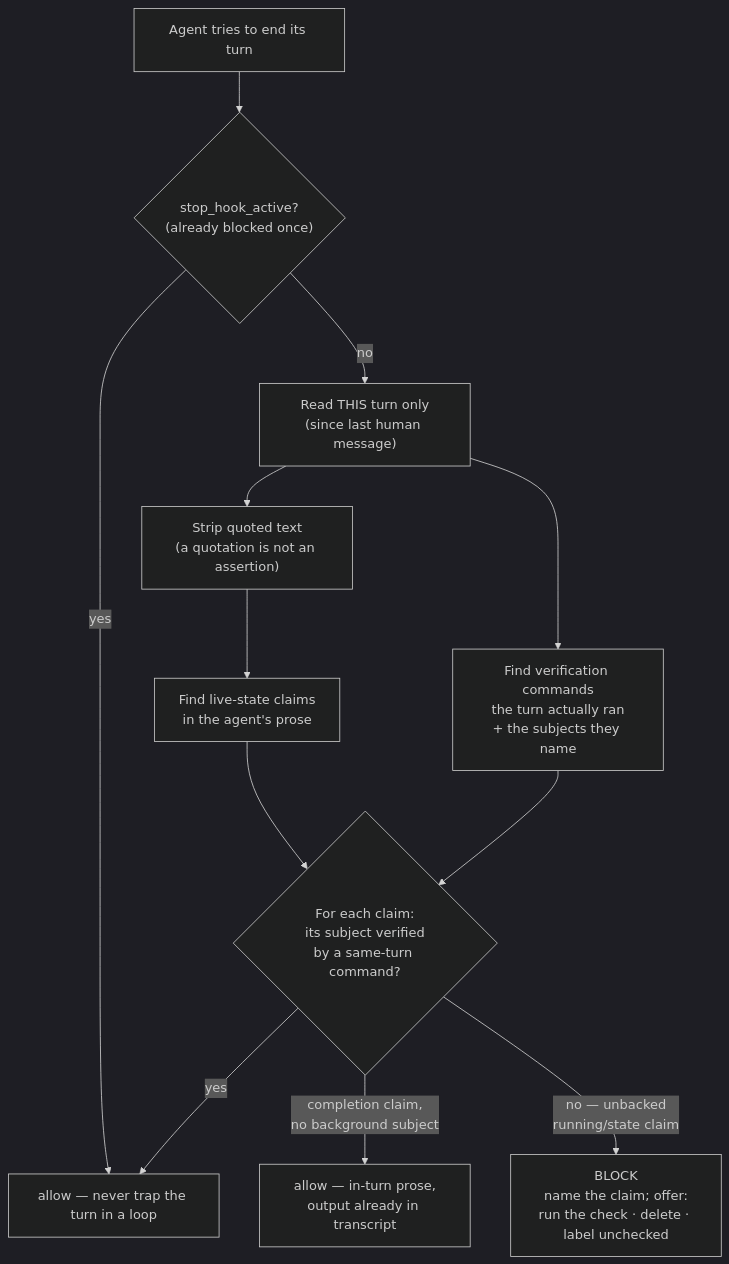
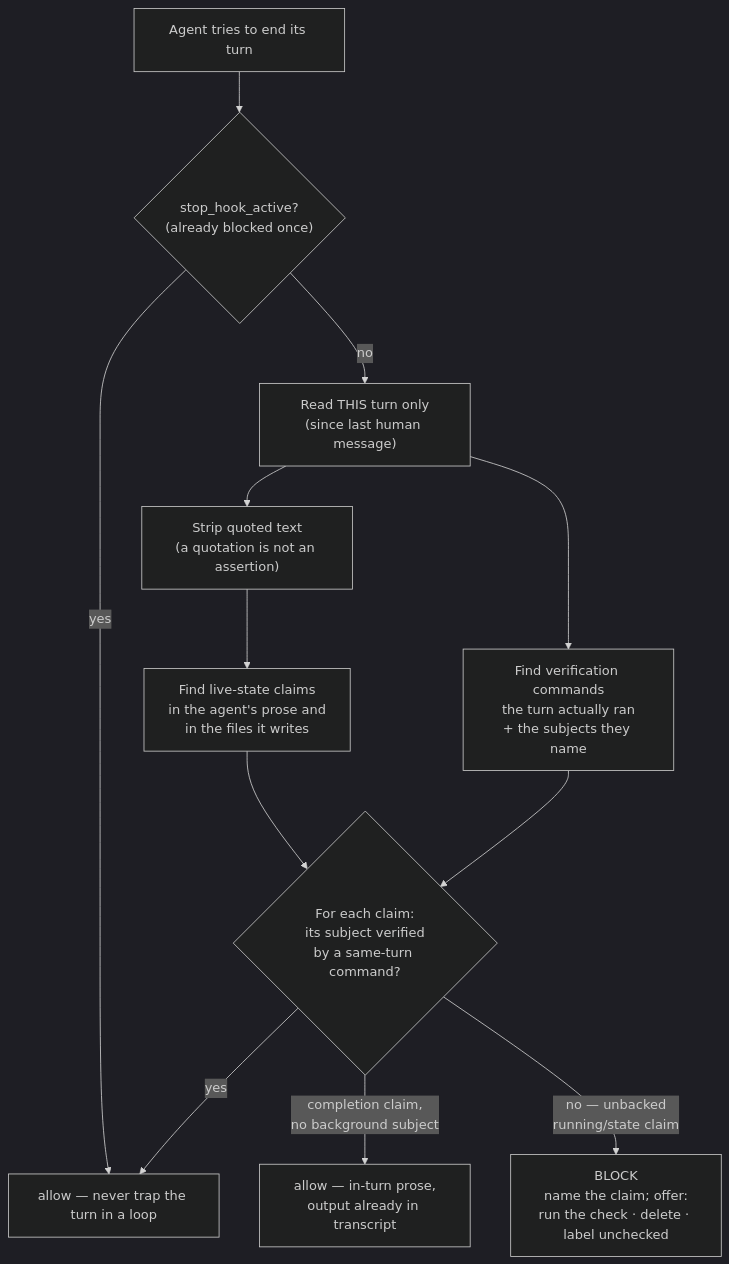
The diagram in specs/honesty-stop-gate.md (sherifican/Agent-FleetOps), drawn with Mermaid (dark theme) before and after one commit. The commit also changed other lines of this file and 3 other files, not shown here.

````diff
--- a/specs/honesty-stop-gate.md
+++ b/specs/honesty-stop-gate.md
@@ -33,14 +33,14 @@
 ```mermaid
 flowchart TD
     A["Agent tries to end its turn"] --> B{"stop_hook_active?<br/>(already blocked once)"}
     B -->|yes| P["allow — never trap the turn in a loop"]
     B -->|no| C["Read THIS turn only<br/>(since last human message)"]
     C --> D["Strip quoted text<br/>(a quotation is not an assertion)"]
-    D --> E["Find live-state claims<br/>in the agent's prose"]
+    D --> E["Find live-state claims<br/>in the agent's prose and<br/>in the files it writes"]
     C --> F["Find verification commands<br/>the turn actually ran<br/>+ the subjects they name"]
     E --> G{"For each claim:<br/>its subject verified<br/>by a same-turn command?"}
     F --> G
     G -->|"completion claim,<br/>no background subject"| H["allow — in-turn prose,<br/>output already in transcript"]
     G -->|yes| P
     G -->|"no — unbacked<br/>running/state claim"| K["BLOCK<br/>name the claim; offer:<br/>run the check · delete · label unchecked"]
 ```
````
